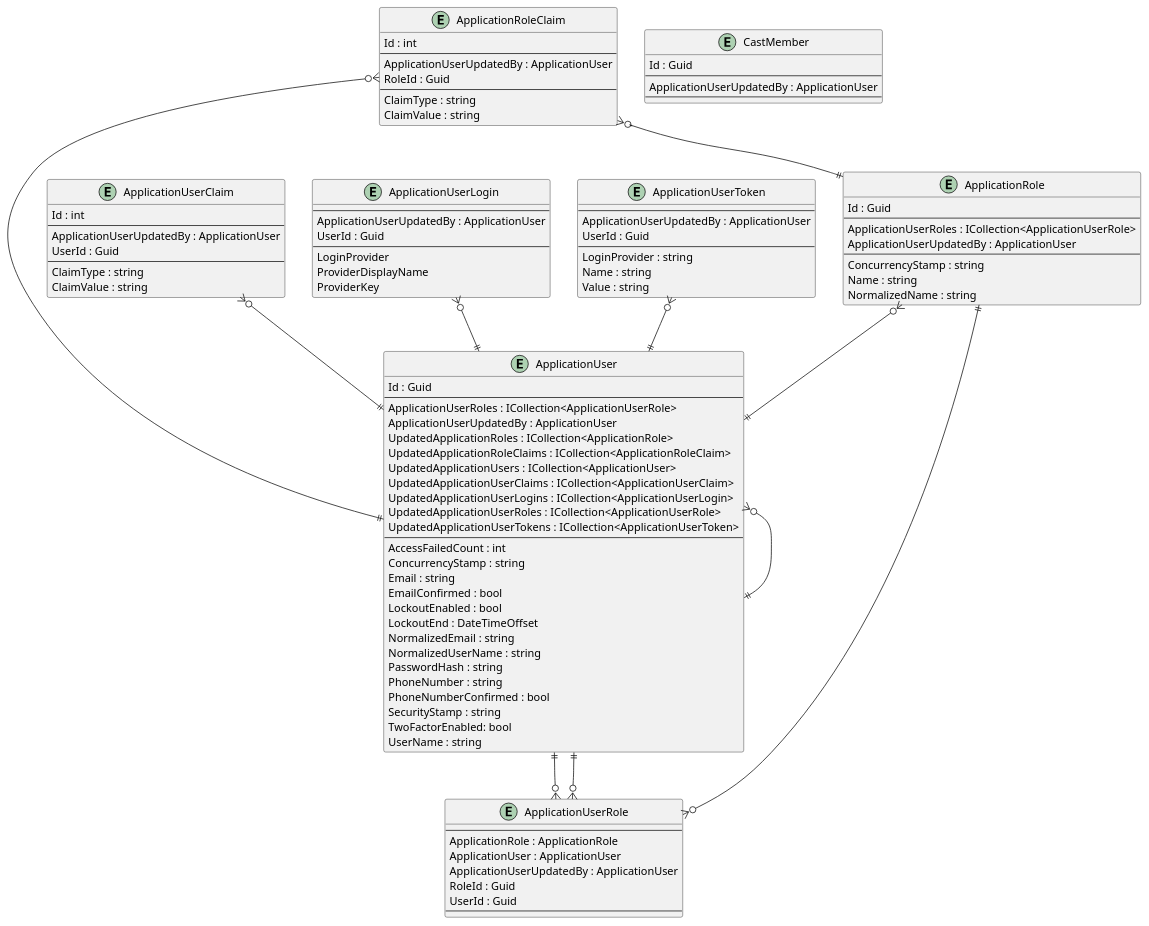
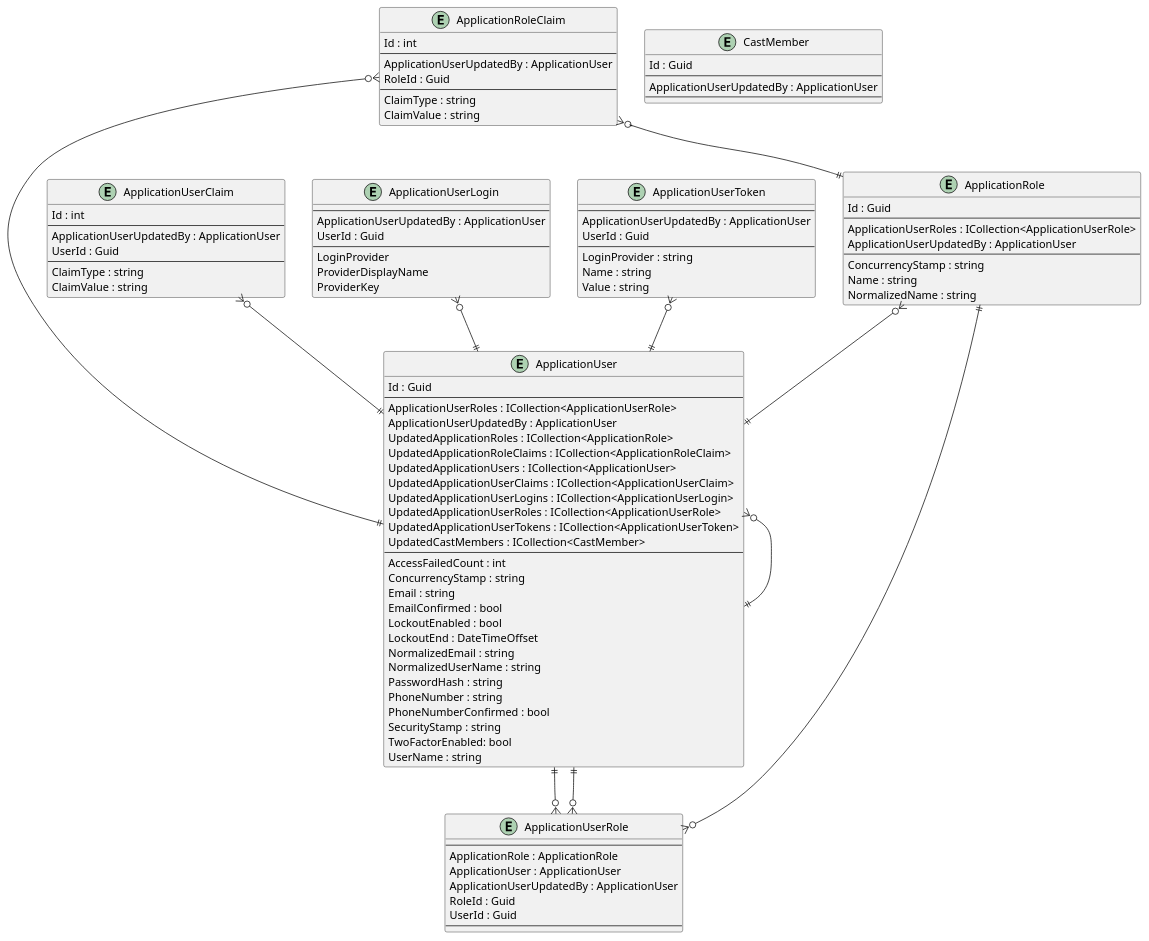
Before and after one commit to intrepion/BlazorWebAppMovies: the diagram in .docs/BlazorWebAppMovies.pu, drawn with PlantUML.

```diff
--- a/.docs/BlazorWebAppMovies.pu
+++ b/.docs/BlazorWebAppMovies.pu
@@ -1,118 +1,119 @@
 @startuml
 
 entity ApplicationRole {
     Id : Guid
     --
     ApplicationUserRoles : ICollection<ApplicationUserRole>
     ApplicationUserUpdatedBy : ApplicationUser
     --
     ConcurrencyStamp : string
     Name : string
     NormalizedName : string
 }
 
 entity ApplicationRoleClaim {
     Id : int
     --
     ApplicationUserUpdatedBy : ApplicationUser
     RoleId : Guid
     --
     ClaimType : string
     ClaimValue : string
 }
 
 entity ApplicationUser {
     Id : Guid
     --
     ApplicationUserRoles : ICollection<ApplicationUserRole>
     ApplicationUserUpdatedBy : ApplicationUser
     UpdatedApplicationRoles : ICollection<ApplicationRole>
     UpdatedApplicationRoleClaims : ICollection<ApplicationRoleClaim>
     UpdatedApplicationUsers : ICollection<ApplicationUser>
     UpdatedApplicationUserClaims : ICollection<ApplicationUserClaim>
     UpdatedApplicationUserLogins : ICollection<ApplicationUserLogin>
     UpdatedApplicationUserRoles : ICollection<ApplicationUserRole>
     UpdatedApplicationUserTokens : ICollection<ApplicationUserToken>
+    UpdatedCastMembers : ICollection<CastMember>
     ' ApplicationUserKeyCodePlaceholder
     --
     AccessFailedCount : int
     ConcurrencyStamp : string
     Email : string
     EmailConfirmed : bool
     LockoutEnabled : bool
     LockoutEnd : DateTimeOffset
     NormalizedEmail : string
     NormalizedUserName : string
     PasswordHash : string
     PhoneNumber : string
     PhoneNumberConfirmed : bool
     SecurityStamp : string
     TwoFactorEnabled: bool
     UserName : string
 }
 
 entity ApplicationUserClaim {
     Id : int
     --
     ApplicationUserUpdatedBy : ApplicationUser
     UserId : Guid
     --
     ClaimType : string
     ClaimValue : string
 }
 
 entity ApplicationUserLogin {
     --
     ApplicationUserUpdatedBy : ApplicationUser
     UserId : Guid
     --
     LoginProvider
     ProviderDisplayName
     ProviderKey
 }
 
 entity ApplicationUserRole {
     --
     ApplicationRole : ApplicationRole
     ApplicationUser : ApplicationUser
     ApplicationUserUpdatedBy : ApplicationUser
     RoleId : Guid
     UserId : Guid
     --
 }
 
 entity ApplicationUserToken {
     --
     ApplicationUserUpdatedBy : ApplicationUser
     UserId : Guid
     --
     LoginProvider : string
     Name : string
     Value : string
 }
 
 entity CastMember {
     Id : Guid
     --
     ApplicationUserUpdatedBy : ApplicationUser
     ' CastMemberKeyCodePlaceholder
     --
     ' CastMemberPropertyCodePlaceholder
 }
 
 ' EntityCodePlaceholder
 
 ApplicationRole ||--o{ ApplicationUserRole
 ApplicationRole }o--|| ApplicationUser
 ApplicationRoleClaim }o--|| ApplicationRole
 ApplicationRoleClaim }o--|| ApplicationUser
 ApplicationUser }o--|| ApplicationUser
 ApplicationUser ||--o{ ApplicationUserRole
 ApplicationUserClaim }o--|| ApplicationUser
 ApplicationUserLogin }o--|| ApplicationUser
 ApplicationUserRole }o--|| ApplicationUser
 ApplicationUserToken }o--|| ApplicationUser
 
 ' RelationshipCodePlaceholder
 
 @enduml
```
